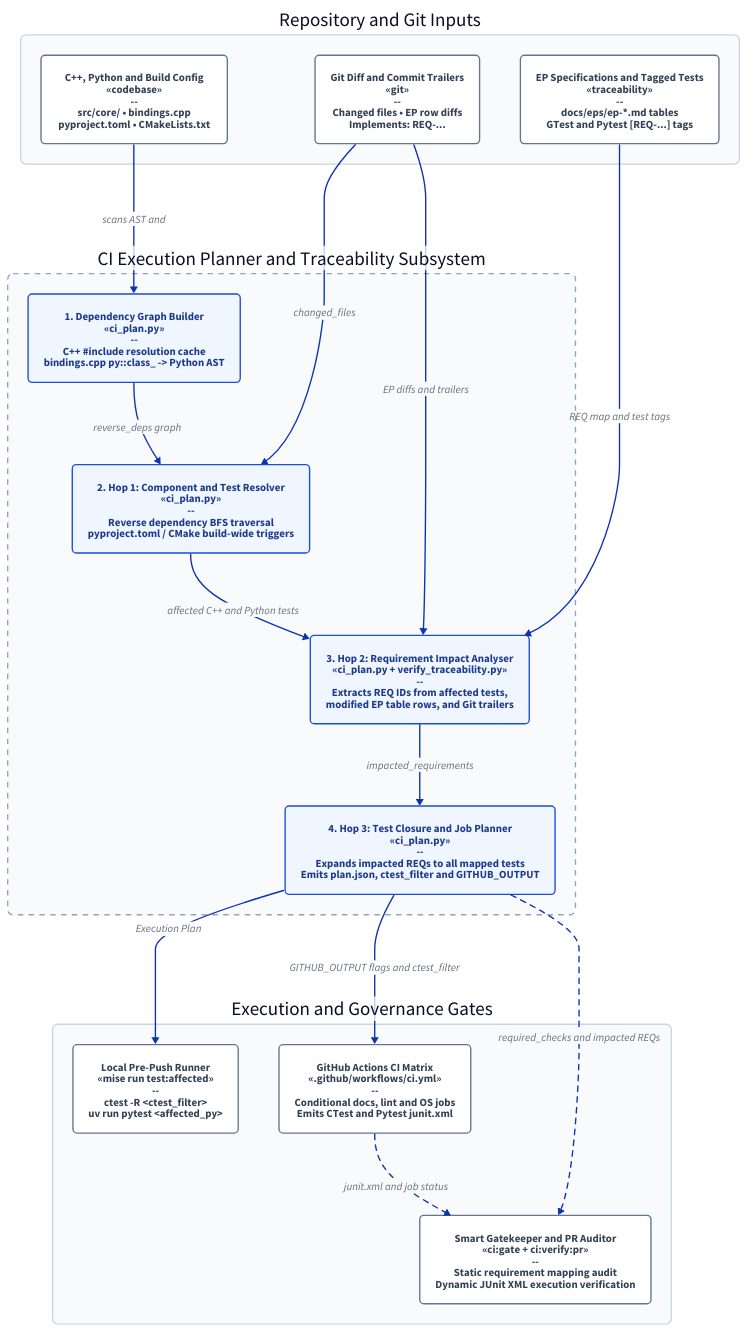
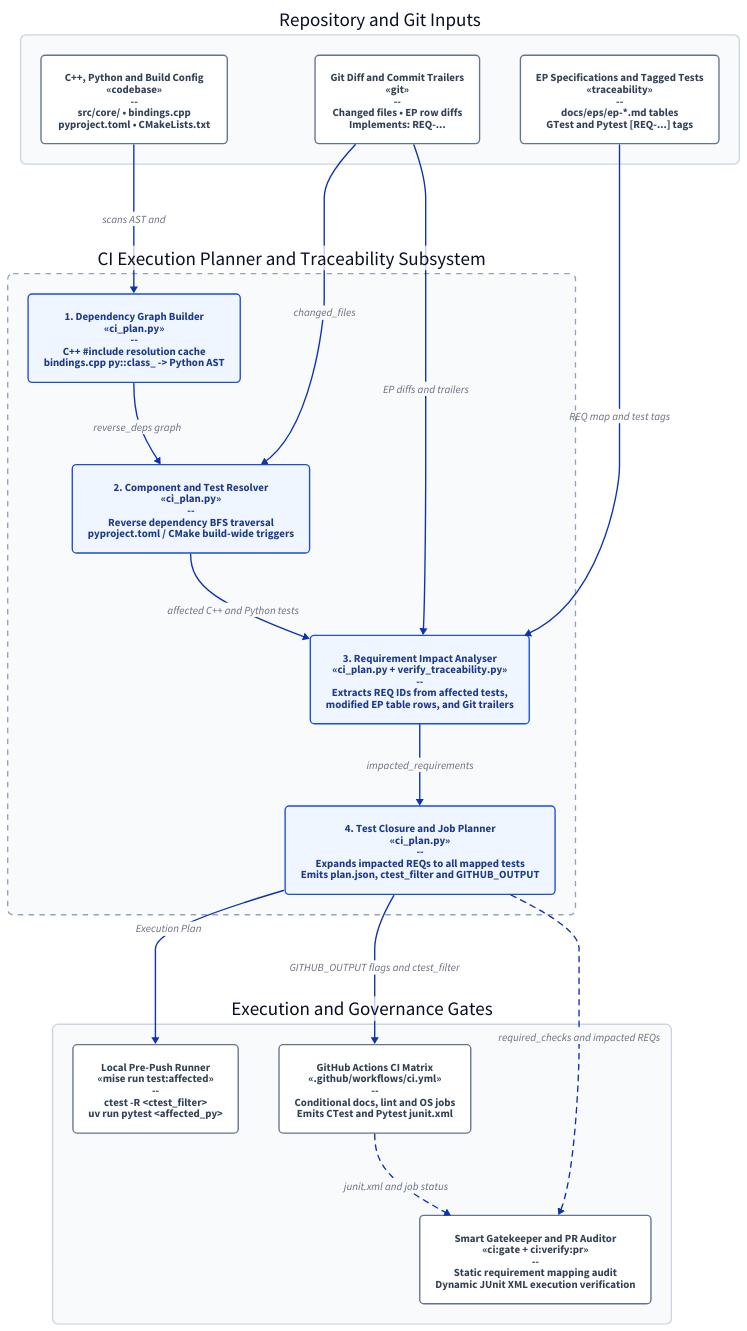
Before and after one commit to pauldruce/RFL: the diagram in docs/eps/images/ep5_ci_planner_c4.d2, drawn with D2. The commit also changed 2 other files, not shown here.

Commit message:
docs(ep-5): reframe REQ-TRC-005 from graph traversal hops to automated change impact analysis
- Rename REQ-TRC-005 from 'Two-Hop Impact Planner' to 'Automated Change Impact Analysis'
- Reframe invariant around black-box change impact resolution and test qualification
- Update Phase 3 deliverables, goals, ADR-3, and C4 diagram labels accordingly
- Recompile C4 diagram SVG using pinned D2 0.8.2

Implements: REQ-TRC-005, REQ-TRC-006

```diff
--- a/docs/eps/images/ep5_ci_planner_c4.d2
+++ b/docs/eps/images/ep5_ci_planner_c4.d2
@@ -1,110 +1,110 @@
-# RFL CI Execution Planner and Two-Hop Impact Analyser (C4 Component Diagram)
+# RFL CI Execution Planner and Change Impact Analyser (C4 Component Diagram)
 # Regenerate SVG: python3 scripts/check_d2_images.py --fix
 
 direction: down
 
 inputs: "Repository and Git Inputs" {
   style: {
     fill: "#f8fafc"
     stroke: "#cbd5e1"
     stroke-width: 2
     border-radius: 8
   }
 
   git_diff: "Git Diff and Commit Trailers\n«git»\n--\nChanged files • EP row diffs\nImplements: REQ-..." {
     class: external_system
   }
 
   codebase: "C++, Python and Build Config\n«codebase»\n--\nsrc/core/ • bindings.cpp\npyproject.toml • CMakeLists.txt" {
     class: external_system
   }
 
   specs: "EP Specifications and Tagged Tests\n«traceability»\n--\ndocs/eps/ep-*.md tables\nGTest and Pytest [REQ-...] tags" {
     class: external_system
   }
 }
 
 planner: "CI Execution Planner and Traceability Subsystem" {
   style: {
     fill: "#f8fafc"
     stroke: "#94a3b8"
     stroke-width: 2
     stroke-dash: 4
     border-radius: 8
   }
 
   graph_builder: "1. Dependency Graph Builder\n«ci_plan.py»\n--\nC++ #include resolution cache\nbindings.cpp py::class_ -> Python AST" {
     class: internal_component
   }
 
-  hop1: "2. Hop 1: Component and Test Resolver\n«ci_plan.py»\n--\nReverse dependency BFS traversal\npyproject.toml / CMake build-wide triggers" {
+  hop1: "2. Component and Test Resolver\n«ci_plan.py»\n--\nReverse dependency BFS traversal\npyproject.toml / CMake build-wide triggers" {
     class: internal_component
   }
 
-  hop2: "3. Hop 2: Requirement Impact Analyser\n«ci_plan.py + verify_traceability.py»\n--\nExtracts REQ IDs from affected tests,\nmodified EP table rows, and Git trailers" {
+  hop2: "3. Requirement Impact Analyser\n«ci_plan.py + verify_traceability.py»\n--\nExtracts REQ IDs from affected tests,\nmodified EP table rows, and Git trailers" {
     class: internal_component
   }
 
-  hop3: "4. Hop 3: Test Closure and Job Planner\n«ci_plan.py»\n--\nExpands impacted REQs to all mapped tests\nEmits plan.json, ctest_filter and GITHUB_OUTPUT" {
+  hop3: "4. Test Closure and Job Planner\n«ci_plan.py»\n--\nExpands impacted REQs to all mapped tests\nEmits plan.json, ctest_filter and GITHUB_OUTPUT" {
     class: internal_component
   }
 
   graph_builder -> hop1: reverse_deps graph
   hop1 -> hop2: affected C++ and Python tests
   hop2 -> hop3: impacted_requirements
 }
 
 consumers: "Execution and Governance Gates" {
   style: {
     fill: "#f8fafc"
     stroke: "#cbd5e1"
     stroke-width: 2
     border-radius: 8
   }
 
   local_gate: "Local Pre-Push Runner\n«mise run test:affected»\n--\nctest -R <ctest_filter>\nuv run pytest <affected_py>" {
     class: external_system
   }
 
   ci_jobs: "GitHub Actions CI Matrix\n«.github/workflows/ci.yml»\n--\nConditional docs, lint and OS jobs\nEmits CTest and Pytest junit.xml" {
     class: external_system
   }
 
   gatekeeper: "Smart Gatekeeper and PR Auditor\n«ci:gate + ci:verify:pr»\n--\nStatic requirement mapping audit\nDynamic JUnit XML execution verification" {
     class: external_system
   }
 
   ci_jobs -> gatekeeper: junit.xml and job status {style.stroke-dash: 4}
 }
 
 # Cross-boundary relationships
 inputs.codebase -> planner.graph_builder: scans AST and #includes
 inputs.git_diff -> planner.hop1: changed_files
 inputs.git_diff -> planner.hop2: EP diffs and trailers
 inputs.specs -> planner.hop2: REQ map and test tags
 
 planner.hop3 -> consumers.local_gate: Execution Plan
 planner.hop3 -> consumers.ci_jobs: GITHUB_OUTPUT flags and ctest_filter
 planner.hop3 -> consumers.gatekeeper: required_checks and impacted REQs {style.stroke-dash: 4}
 
 # C4 Styling Palette
 classes: {
   internal_component: {
     style: {
       fill: "#eff6ff"
       stroke: "#1d4ed8"
       stroke-width: 2
       border-radius: 6
       font-color: "#1e3a8a"
     }
   }
   external_system: {
     style: {
       fill: "#ffffff"
       stroke: "#64748b"
       stroke-width: 2
       border-radius: 6
       font-color: "#334155"
     }
   }
 }
```
